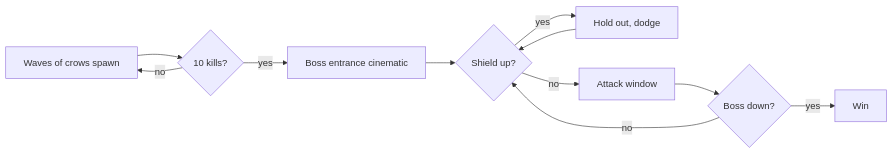
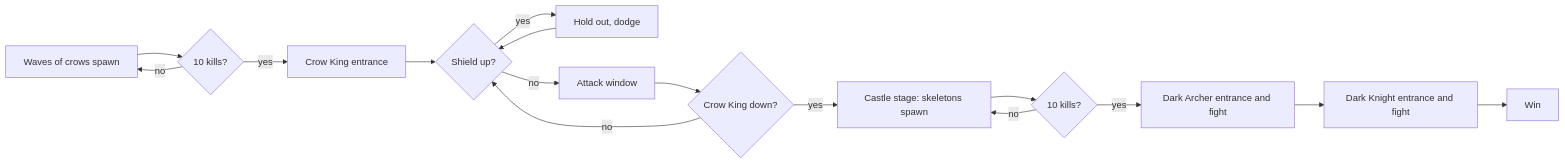
The first of 2 diagrams in docs/manual.md (MrBisonte/crow-archer), drawn with Mermaid before and after one commit. The commit also changed other lines of this file and 24 other files, not shown here.

Commit message:
feat: add a castle map stage with skeletons and two dark bosses

````diff
--- a/docs/manual.md
+++ b/docs/manual.md
@@ -41,13 +42,18 @@
 ```mermaid
 flowchart LR
     S[Waves of crows spawn] --> K{10 kills?}
     K -- no --> S
-    K -- yes --> E[Boss entrance cinematic]
+    K -- yes --> E[Crow King entrance]
     E --> P{Shield up?}
     P -- yes --> H[Hold out, dodge]
     H --> P
     P -- no --> A[Attack window]
-    A --> D{Boss down?}
+    A --> D{Crow King down?}
     D -- no --> P
-    D -- yes --> W[Win]
+    D -- yes --> C[Castle stage: skeletons spawn]
+    C --> SK{10 kills?}
+    SK -- no --> C
+    SK -- yes --> DA[Dark Archer entrance and fight]
+    DA --> DK[Dark Knight entrance and fight]
+    DK --> W[Win]
 ```
````
